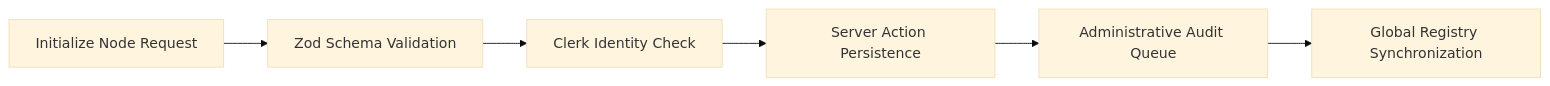
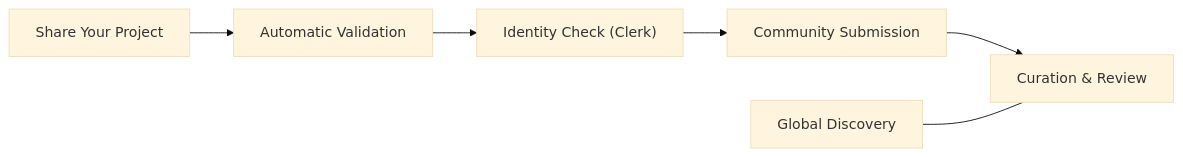
One commit to ABDUL-RAHMAN-9/ShipIt-The-Product-Launchpad changed the first of 2 diagrams in README.md. Above: the diagram before and after it, drawn with Mermaid (base theme). The commit also changed other lines of this file, not shown here.

Commit message:
docs: standardize architecture diagram terminology for professional clarity

````diff
--- a/README.md
+++ b/README.md
@@ -70,8 +71,8 @@
 ```mermaid
 flowchart LR
-  A["Initialize Node Request"] --> B["Zod Schema Validation"]
-  B --> C["Clerk Identity Check"]
-  C --> D["Server Action Persistence"]
-  D --> E["Administrative Audit Queue"]
-  E --> F["Global Registry Synchronization"]
+  A["Share Your Project"] --> B["Automatic Validation"]
+  B --> C["Identity Check (Clerk)"]
+  C --> D["Community Submission"]
+  D --> E["Curation & Review"]
+  F["Global Discovery"] --- E
 ```
````
